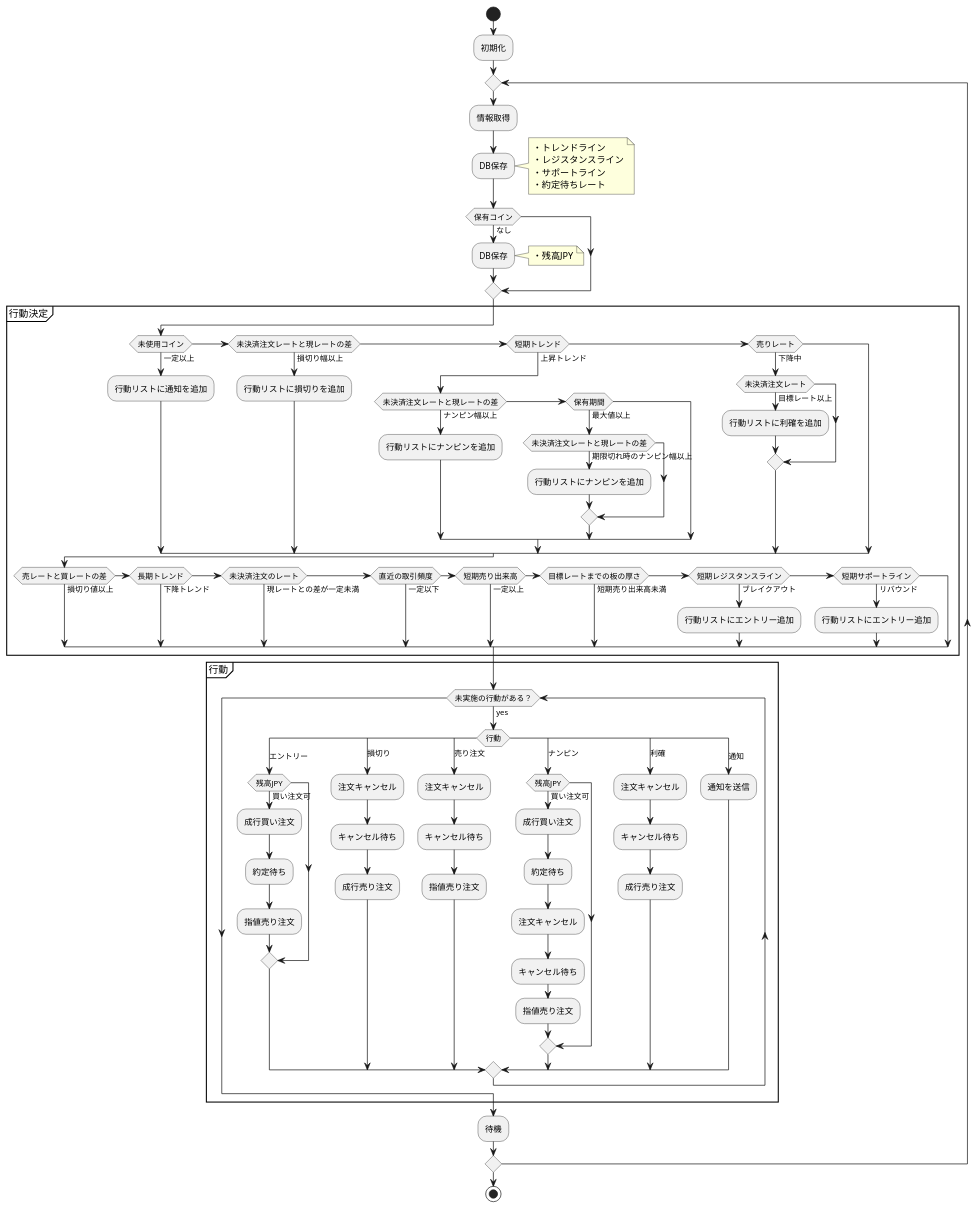
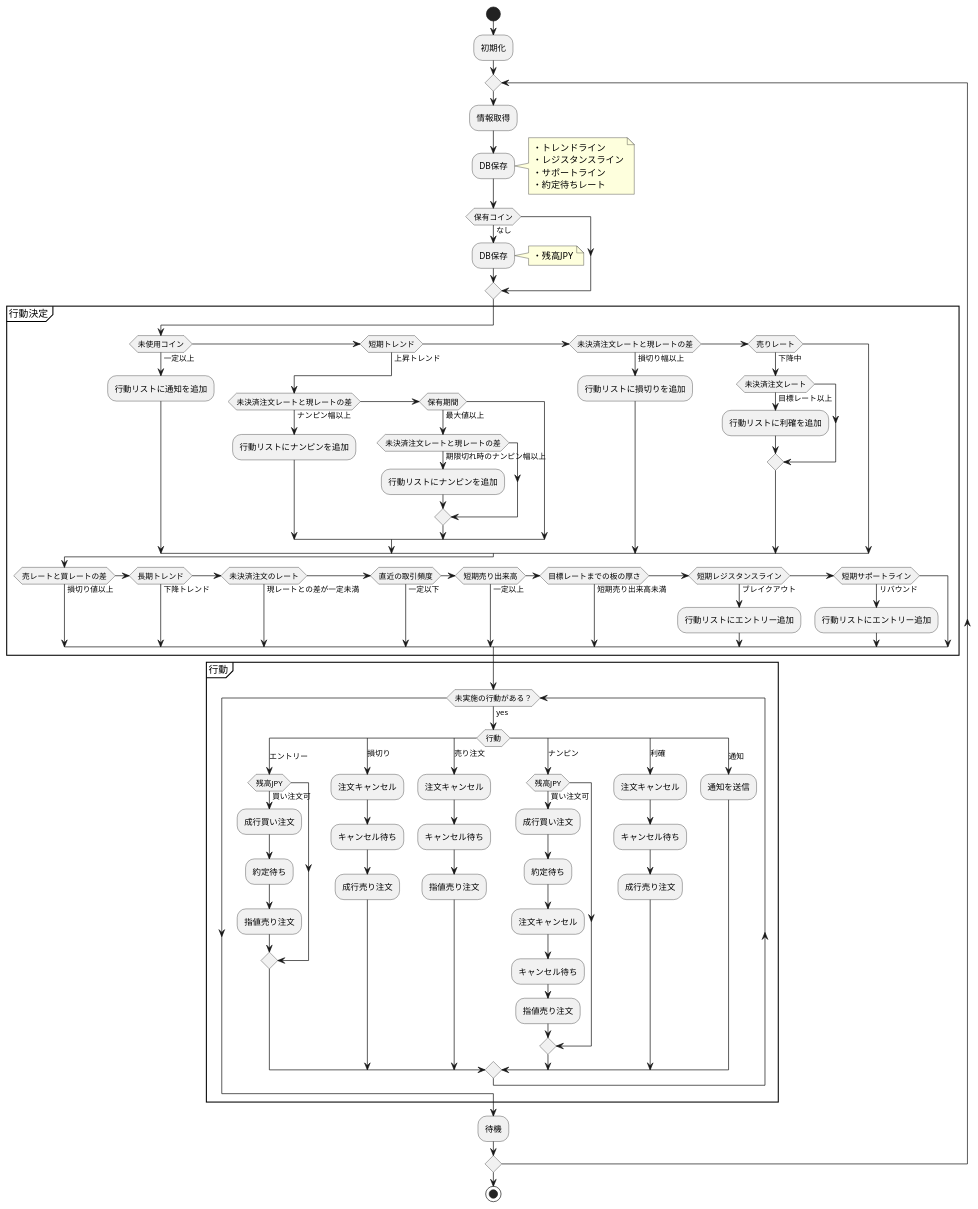
The diagram in docs/bot.plantuml (canpok1/trading-bot-rust), drawn with PlantUML before and after one commit. The commit also changed other lines of this file and 1 other file, not shown here.

```diff
--- a/docs/bot.plantuml
+++ b/docs/bot.plantuml
@@ -1,95 +1,95 @@
 @startuml trading-bot-rust
 start
 
 :初期化;
 
 repeat
     :情報取得;
 
     :DB保存;
     note right
         ・トレンドライン
         ・レジスタンスライン
         ・サポートライン
         ・約定待ちレート
     end note
 
     if (保有コイン) then (なし)
         :DB保存;
         note right
             ・残高JPY
         end note
     endif
 
     partition 行動決定 {
         if (未使用コイン) then (一定以上)
             :行動リストに通知を追加;
-        elseif (未決済注文レートと現レートの差) then (損切り幅以上)
-            :行動リストに損切りを追加;
         elseif (短期トレンド) then (上昇トレンド)
             if (未決済注文レートと現レートの差) then (ナンピン幅以上)
                 :行動リストにナンピンを追加;
             elseif (保有期間) then (最大値以上)
                 if (未決済注文レートと現レートの差) then (期限切れ時のナンピン幅以上)
                     :行動リストにナンピンを追加;
                 endif
             endif
+        elseif (未決済注文レートと現レートの差) then (損切り幅以上)
+            :行動リストに損切りを追加;
         elseif (売りレート) then (下降中)
             if (未決済注文レート) then (目標レート以上)
                 :行動リストに利確を追加;
             endif
         endif
 
         if (売レートと買レートの差) then (損切り値以上)
         elseif (長期トレンド) then (下降トレンド)
         elseif (未決済注文のレート) then (現レートとの差が一定未満)
         elseif (直近の取引頻度) then (一定以下)
         elseif (短期売り出来高) then (一定以上)
         elseif (目標レートまでの板の厚さ) then (短期売り出来高未満)
         elseif (短期レジスタンスライン) then (ブレイクアウト)
             :行動リストにエントリー追加;
         elseif (短期サポートライン) then (リバウンド)
             :行動リストにエントリー追加;
         endif
     }
 
     partition 行動 {
         while (未実施の行動がある？) is (yes)
             switch (行動)
             case (エントリー)
                 if (残高JPY) then (買い注文可)
                     :成行買い注文;
                     :約定待ち;
                     :指値売り注文;
                 endif
             case (損切り)
                 :注文キャンセル;
                 :キャンセル待ち;
                 :成行売り注文;
             case (売り注文)
                 :注文キャンセル;
                 :キャンセル待ち;
                 :指値売り注文;
             case (ナンピン)
                 if (残高JPY) then (買い注文可)
                     :成行買い注文;
                     :約定待ち;
                     :注文キャンセル;
                     :キャンセル待ち;
                     :指値売り注文;
                 endif
             case (利確)
                 :注文キャンセル;
                 :キャンセル待ち;
                 :成行売り注文;
             case (通知)
                 :通知を送信;
             endswitch
         endwhile
     }
 
     :待機;
 repeat while
 
 stop
 @enduml
```
